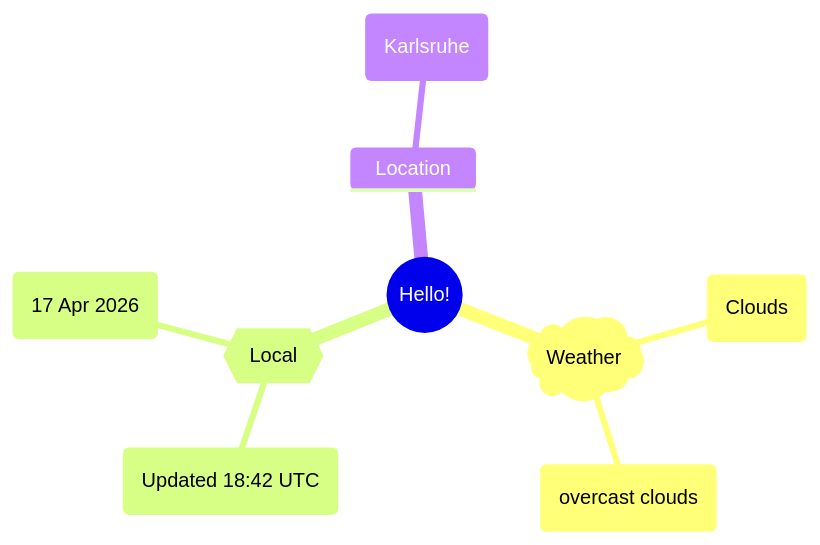
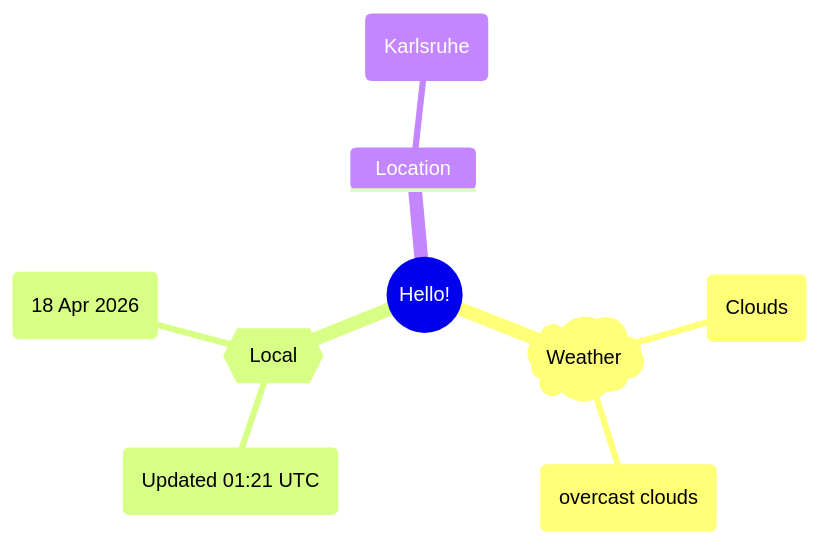
The first of 2 diagrams in README.md (Xosrov/Xosrov), drawn with Mermaid before and after one commit.

Commit message:
[bot] updated images

````diff
--- a/README.md
+++ b/README.md
@@ -3,12 +3,12 @@
 ```mermaid
 mindmap
   root((Hello!))
     )Weather(
         (Clouds)
         (overcast clouds)
     {{Local}}
-        (Updated 18:42 UTC)
-        (17 Apr 2026)
+        (Updated 01:21 UTC)
+        (18 Apr 2026)
     Location
         (Karlsruhe)
 ```
````
